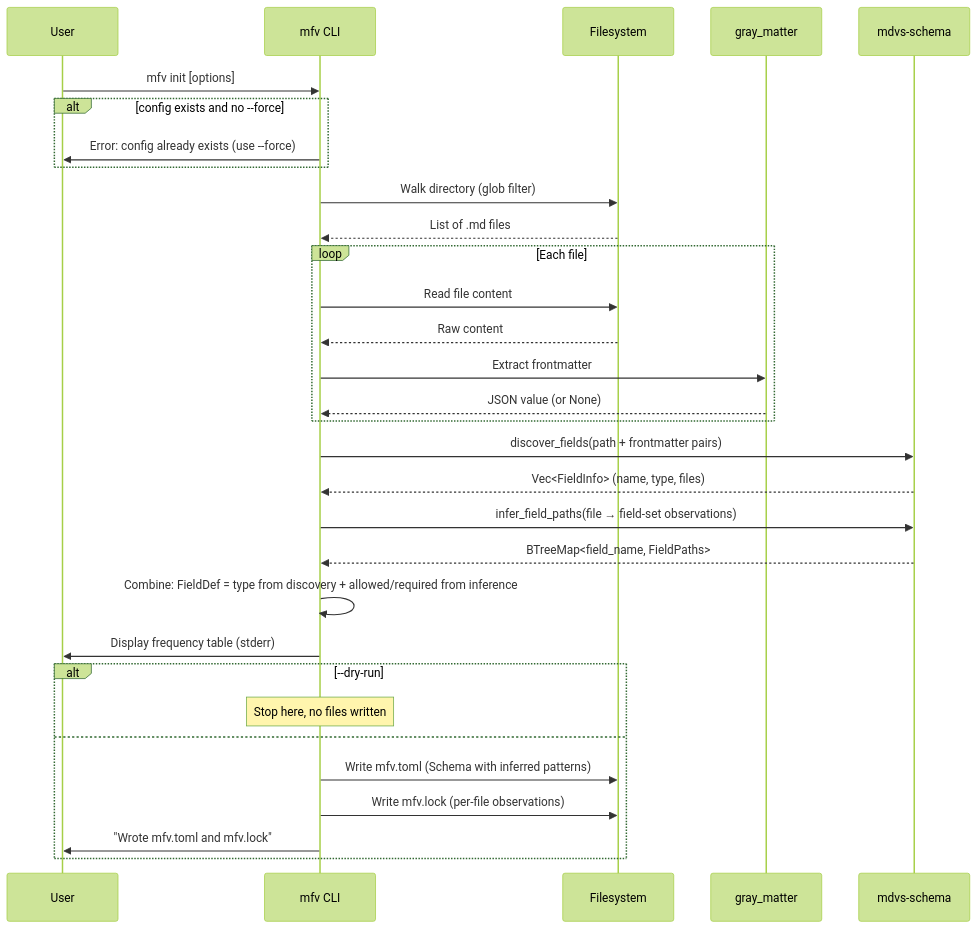
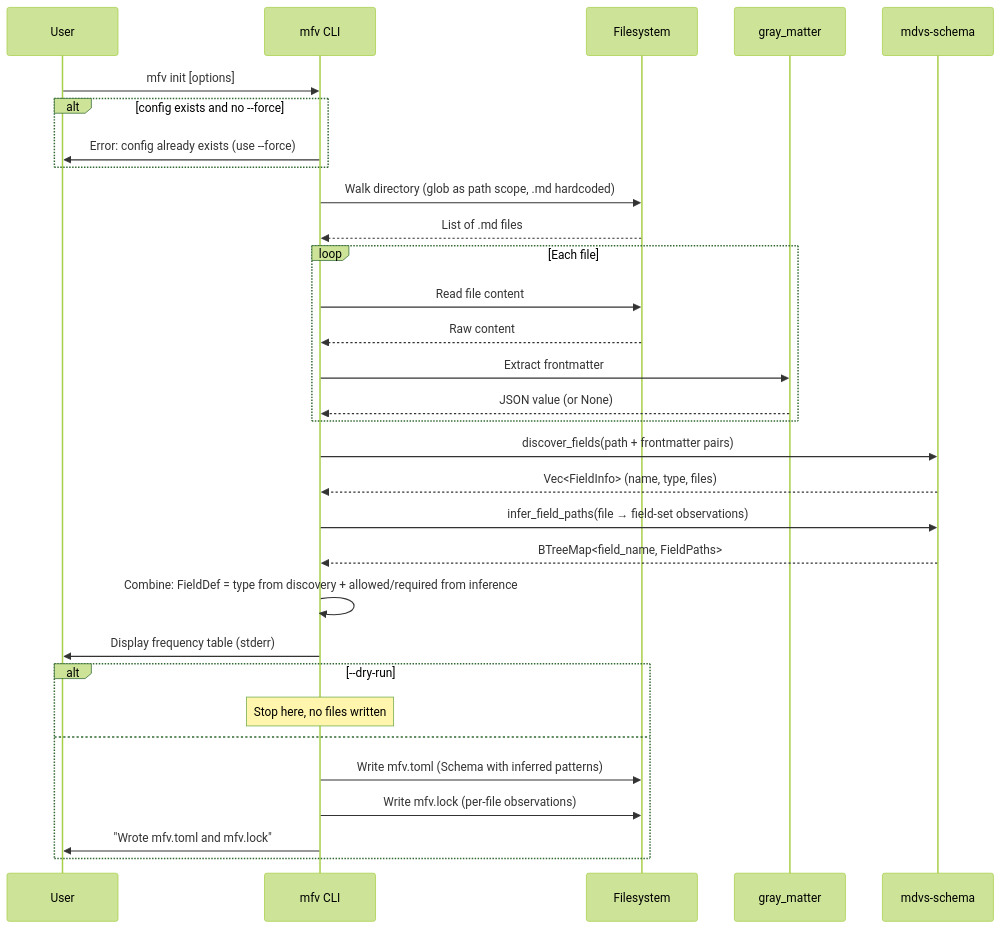
One commit to edochi/mdvs changed the diagram in docs/spec/30-workflows/init.md. Above: the diagram before and after it, drawn with Mermaid (forest theme). The commit also changed other lines of this file and 1 other file, not shown here.

````diff
--- a/docs/spec/30-workflows/init.md
+++ b/docs/spec/30-workflows/init.md
@@ -47,42 +47,42 @@
 ```mermaid
 sequenceDiagram
     participant U as User
     participant CLI as mfv CLI
     participant FS as Filesystem
     participant GM as gray_matter
     participant S as mdvs-schema
 
     U->>CLI: mfv init [options]
 
     alt config exists and no --force
         CLI->>U: Error: config already exists (use --force)
     end
 
-    CLI->>FS: Walk directory (glob filter)
+    CLI->>FS: Walk directory (glob as path scope, .md hardcoded)
     FS-->>CLI: List of .md files
 
     loop Each file
         CLI->>FS: Read file content
         FS-->>CLI: Raw content
         CLI->>GM: Extract frontmatter
         GM-->>CLI: JSON value (or None)
     end
 
     CLI->>S: discover_fields(path + frontmatter pairs)
     S-->>CLI: Vec<FieldInfo> (name, type, files)
 
     CLI->>S: infer_field_paths(file → field-set observations)
     S-->>CLI: BTreeMap<field_name, FieldPaths>
 
     CLI->>CLI: Combine: FieldDef = type from discovery + allowed/required from inference
 
     CLI->>U: Display frequency table (stderr)
 
     alt --dry-run
         Note over CLI: Stop here, no files written
     else
         CLI->>FS: Write mfv.toml (Schema with inferred patterns)
         CLI->>FS: Write mfv.lock (per-file observations)
         CLI->>U: "Wrote mfv.toml and mfv.lock"
     end
 ```
````
